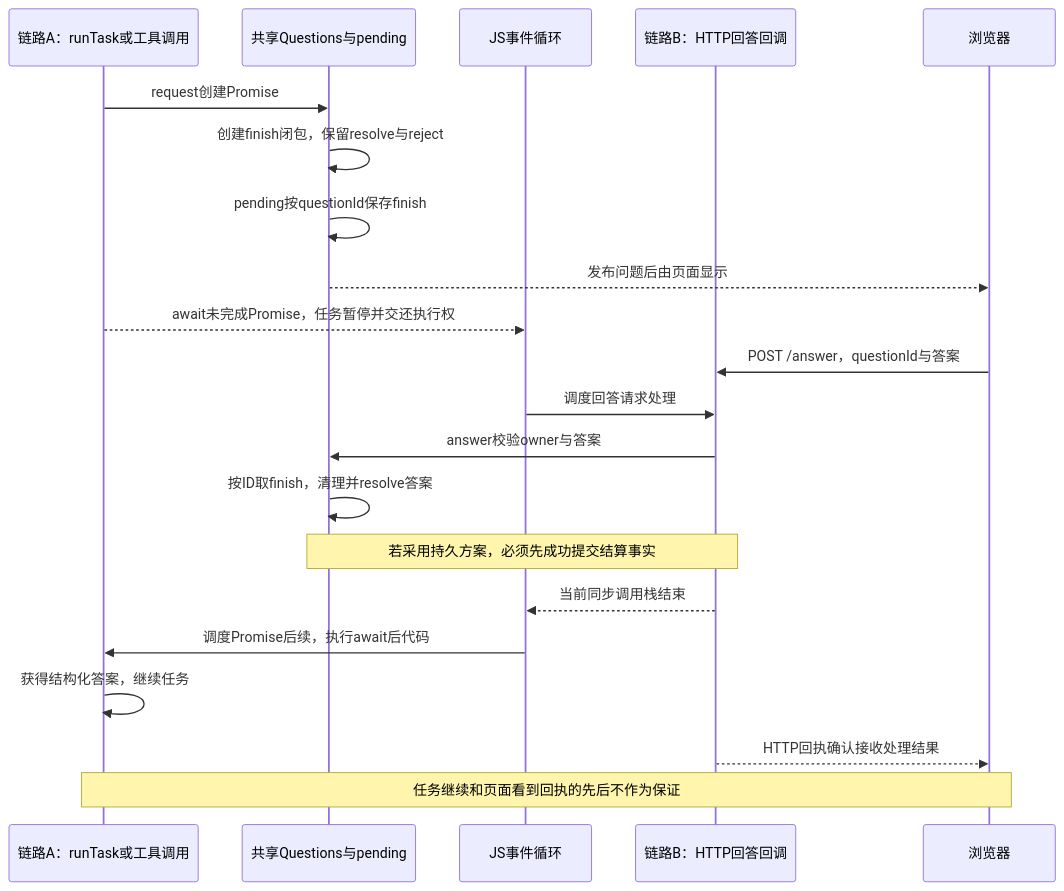
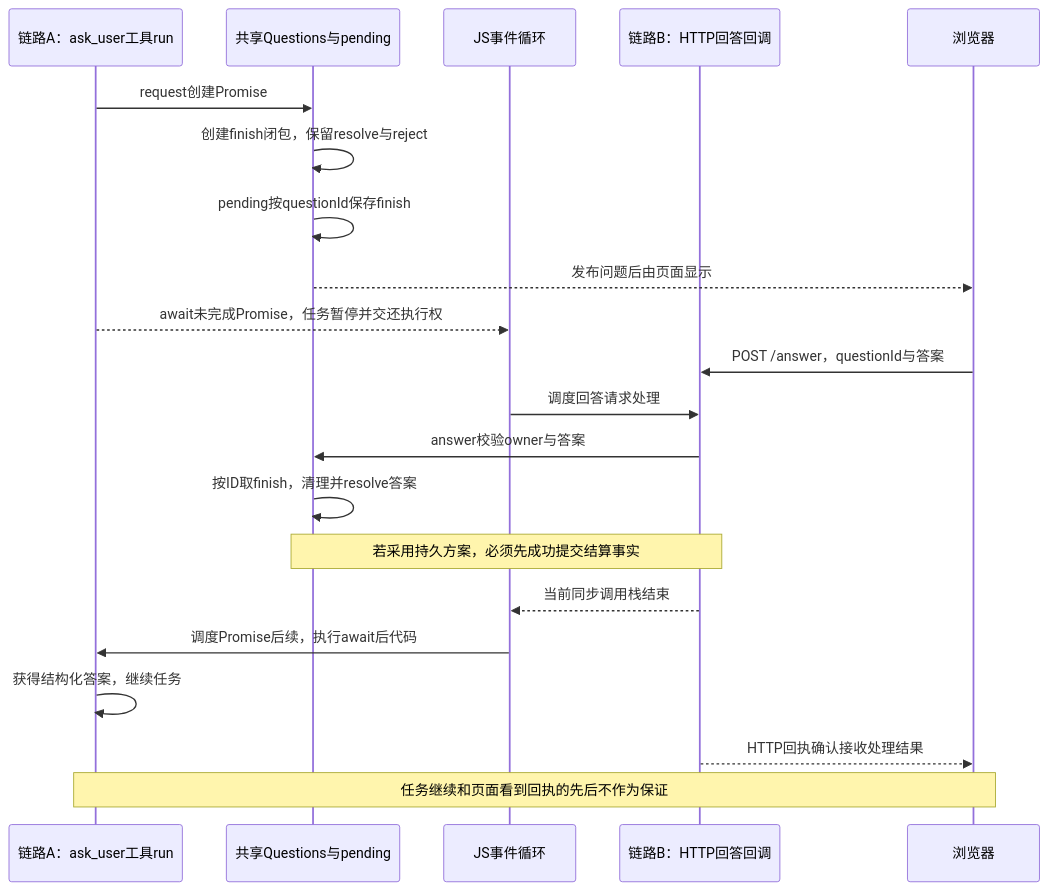
One commit to dddddd889/deepseek-harness-demo changed the sixth of 6 diagrams in tutorial/linear/supplements/023-user-questions.md. Above: the diagram before and after it, drawn with Mermaid. The commit also changed other lines of this file and 6 other files, not shown here.

````diff
--- a/tutorial/linear/supplements/023-user-questions.md
+++ b/tutorial/linear/supplements/023-user-questions.md
@@ -424,23 +453,23 @@
 ```mermaid
 sequenceDiagram
-    participant T as 链路A：runTask或工具调用
+    participant T as 链路A：ask_user工具run
     participant Q as 共享Questions与pending
     participant E as JS事件循环
     participant H as 链路B：HTTP回答回调
     participant P as 浏览器
     T->>Q: request创建Promise
     Q->>Q: 创建finish闭包，保留resolve与reject
     Q->>Q: pending按questionId保存finish
     Q-->>P: 发布问题后由页面显示
     T-->>E: await未完成Promise，任务暂停并交还执行权
     P->>H: POST /answer，questionId与答案
     E->>H: 调度回答请求处理
     H->>Q: answer校验owner与答案
     Q->>Q: 按ID取finish，清理并resolve答案
     Note over Q,H: 若采用持久方案，必须先成功提交结算事实
     H-->>E: 当前同步调用栈结束
     E->>T: 调度Promise后续，执行await后代码
     T->>T: 获得结构化答案，继续任务
     H-->>P: HTTP回执确认接收处理结果
     Note over T,P: 任务继续和页面看到回执的先后不作为保证
 ```
````
